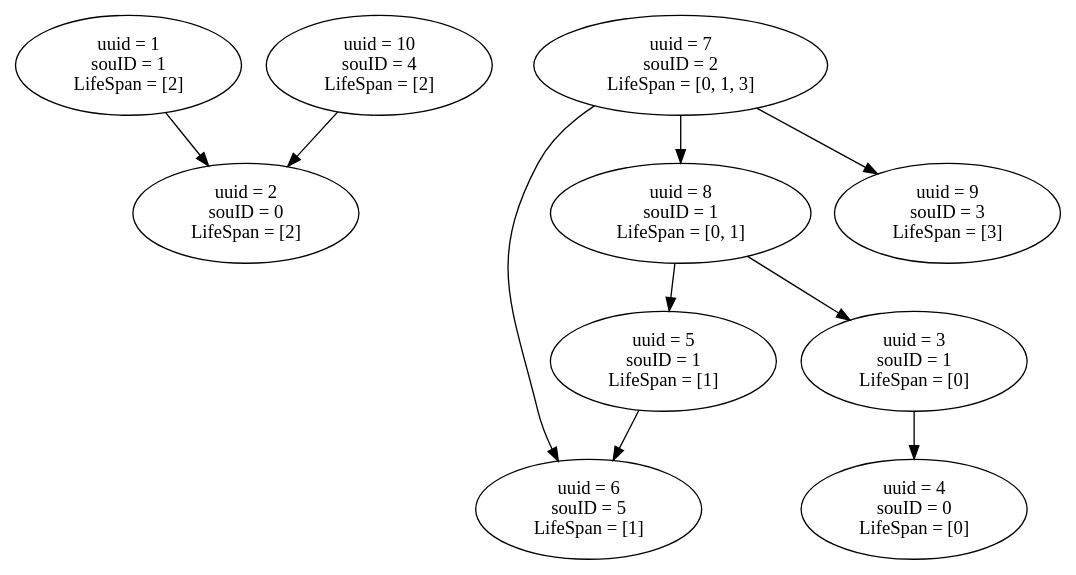
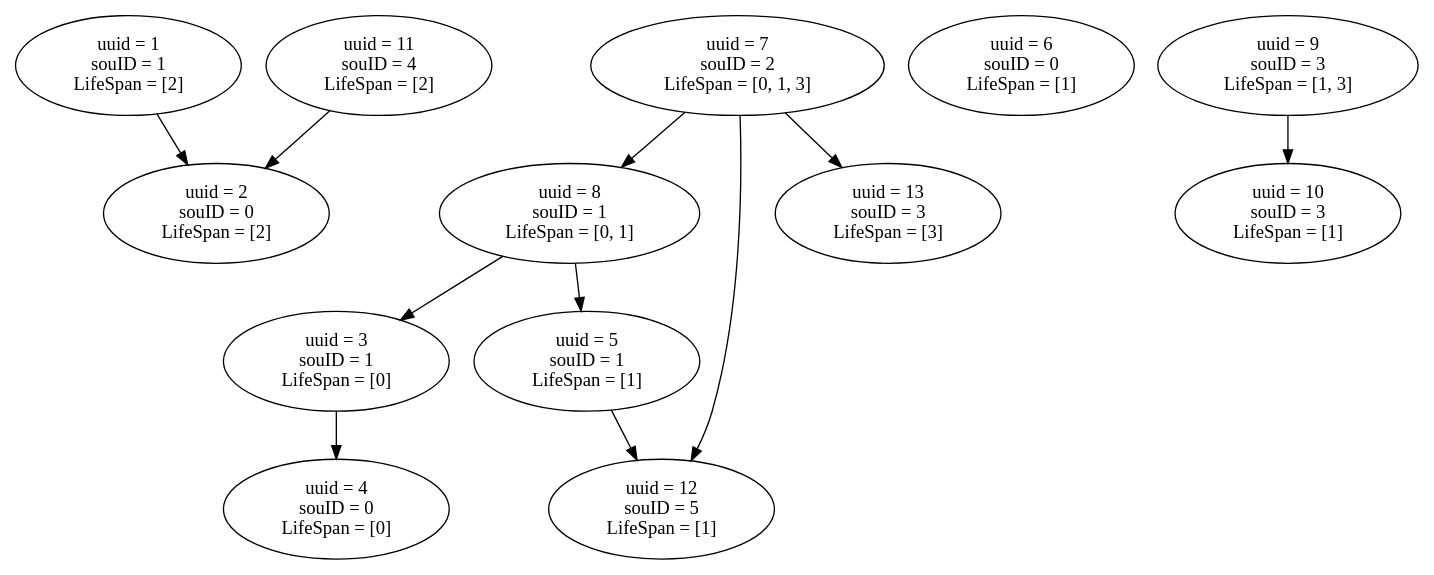
Before and after one commit to zzzzzec/work: the diagram in Result_Full_IG/IG.gv, drawn with Graphviz. The commit also changed 65 other files, not shown here.

```diff
--- a/Result_Full_IG/IG.gv
+++ b/Result_Full_IG/IG.gv
@@ -1,42 +1,52 @@
 // IindexGraph
 digraph {
 	1 [label="uuid = 1
 souID = 1
 LifeSpan = [2]"]
 	2 [label="uuid = 2
 souID = 0
 LifeSpan = [2]"]
 	3 [label="uuid = 3
 souID = 1
 LifeSpan = [0]"]
 	4 [label="uuid = 4
 souID = 0
 LifeSpan = [0]"]
 	5 [label="uuid = 5
 souID = 1
 LifeSpan = [1]"]
 	6 [label="uuid = 6
-souID = 5
+souID = 0
 LifeSpan = [1]"]
 	7 [label="uuid = 7
 souID = 2
 LifeSpan = [0, 1, 3]"]
 	8 [label="uuid = 8
 souID = 1
 LifeSpan = [0, 1]"]
 	9 [label="uuid = 9
 souID = 3
-LifeSpan = [3]"]
+LifeSpan = [1, 3]"]
 	10 [label="uuid = 10
+souID = 3
+LifeSpan = [1]"]
+	11 [label="uuid = 11
 souID = 4
 LifeSpan = [2]"]
+	12 [label="uuid = 12
+souID = 5
+LifeSpan = [1]"]
+	13 [label="uuid = 13
+souID = 3
+LifeSpan = [3]"]
 	1 -> 2
 	3 -> 4
-	5 -> 6
+	5 -> 12
 	7 -> 8
-	7 -> 9
-	7 -> 6
+	7 -> 12
+	7 -> 13
 	8 -> 3
 	8 -> 5
-	10 -> 2
+	9 -> 10
+	11 -> 2
 }
```
